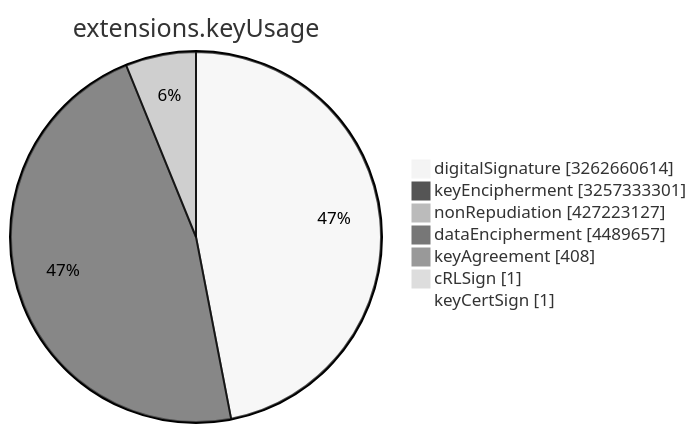
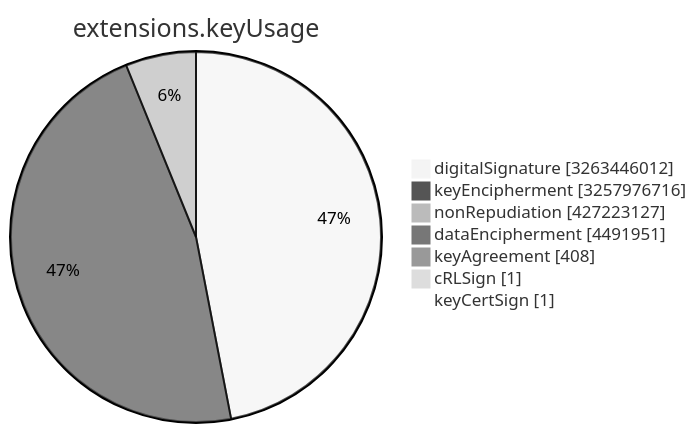
The sixth of 15 diagrams in TOTAL/README.md (christiankrug/ctmonitor_visualization), drawn with Mermaid (neutral theme) before and after one commit. The commit also changed other lines of this file, not shown here.

````diff
--- a/TOTAL/README.md
+++ b/TOTAL/README.md
@@ -3078,11 +3078,11 @@
 ```mermaid
 pie showData
 title extensions.keyUsage
-"digitalSignature" :3262660614
-"keyEncipherment" :3257333301
+"digitalSignature" :3263446012
+"keyEncipherment" :3257976716
 "nonRepudiation" :427223127
-"dataEncipherment" :4489657
+"dataEncipherment" :4491951
 "keyAgreement" :408
 "cRLSign" :1
 "keyCertSign" :1
 ```
````
